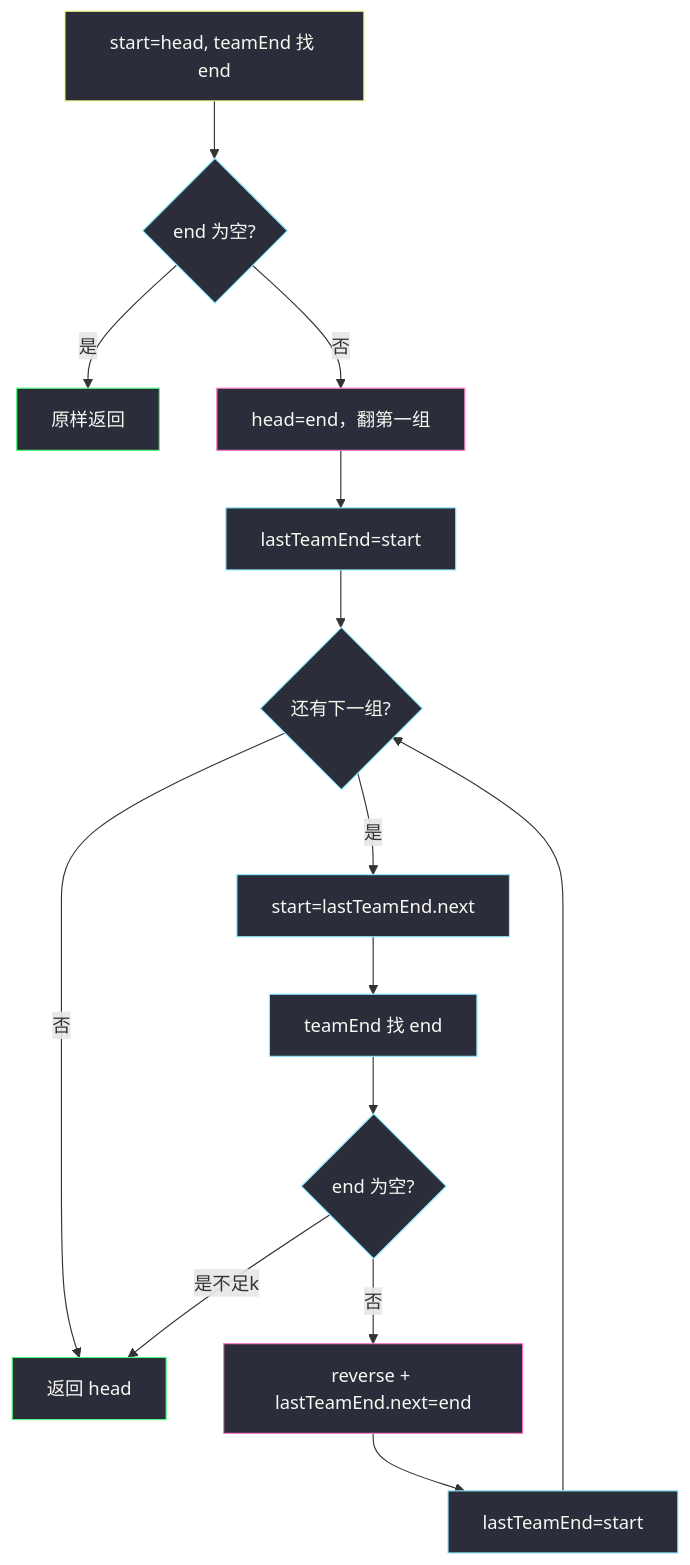
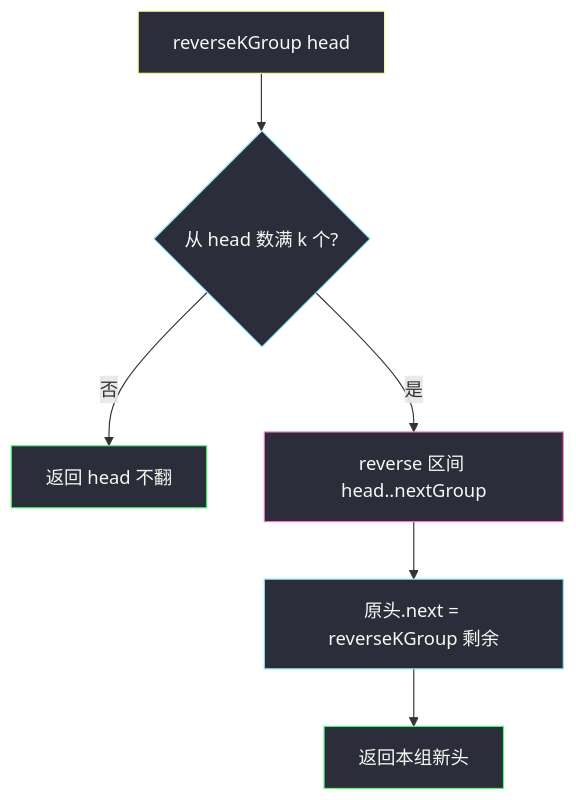
The first of 2 diagrams in solutions/base/reverse-nodes-in-k-group.md (socoo123/algorithm_pratices_web), drawn with Mermaid before and after one commit. The commit also changed other lines of this file and 24 other files, not shown here.

````diff
--- a/solutions/base/reverse-nodes-in-k-group.md
+++ b/solutions/base/reverse-nodes-in-k-group.md
@@ -80,29 +96,15 @@
 ```mermaid
 flowchart TD
-    A["start=head, teamEnd 找 end"] --> B{"end 为空?"}
-    B -->|"是"| C["原样返回"]
-    B -->|"否"| D["head=end，翻第一组"]
-    D --> E["lastTeamEnd=start"]
-    E --> F{"还有下一组?"}
-    F -->|"否"| G["返回 head"]
-    F -->|"是"| H["start=lastTeamEnd.next"]
-    H --> I["teamEnd 找 end"]
-    I --> J{"end 为空?"}
-    J -->|"是不足k"| G
-    J -->|"否"| K["reverse + lastTeamEnd.next=end"]
-    K --> L["lastTeamEnd=start"]
-    L --> F
+    A["reverseKGroup head"] --> B{"从 head 数满 k 个?"}
+    B -->|"否"| C["返回 head 不翻"]
+    B -->|"是"| D["reverse 区间 head..nextGroup"]
+    D --> E["原头.next = reverseKGroup 剩余"]
+    E --> F["返回本组新头"]
 
     style A fill:#2b2d3a,stroke:#f1fa8c,color:#f8f8f2
     style B fill:#2b2d3a,stroke:#8be9fd,color:#f8f8f2
     style C fill:#2b2d3a,stroke:#50fa7b,color:#f8f8f2
     style D fill:#2b2d3a,stroke:#ff79c6,color:#f8f8f2
     style E fill:#2b2d3a,stroke:#8be9fd,color:#f8f8f2
-    style F fill:#2b2d3a,stroke:#8be9fd,color:#f8f8f2
-    style G fill:#2b2d3a,stroke:#50fa7b,color:#f8f8f2
-    style H fill:#2b2d3a,stroke:#8be9fd,color:#f8f8f2
-    style I fill:#2b2d3a,stroke:#8be9fd,color:#f8f8f2
-    style J fill:#2b2d3a,stroke:#8be9fd,color:#f8f8f2
-    style K fill:#2b2d3a,stroke:#ff79c6,color:#f8f8f2
-    style L fill:#2b2d3a,stroke:#8be9fd,color:#f8f8f2
+    style F fill:#2b2d3a,stroke:#50fa7b,color:#f8f8f2
 ```
````
